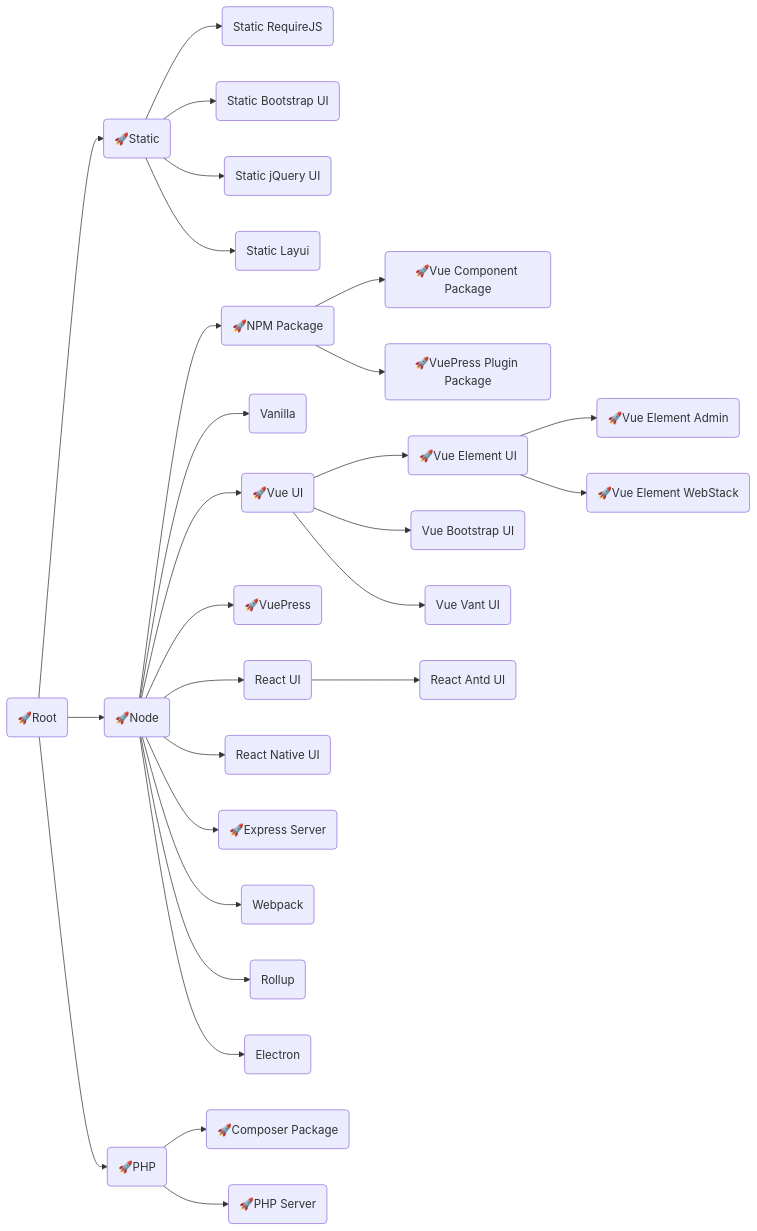
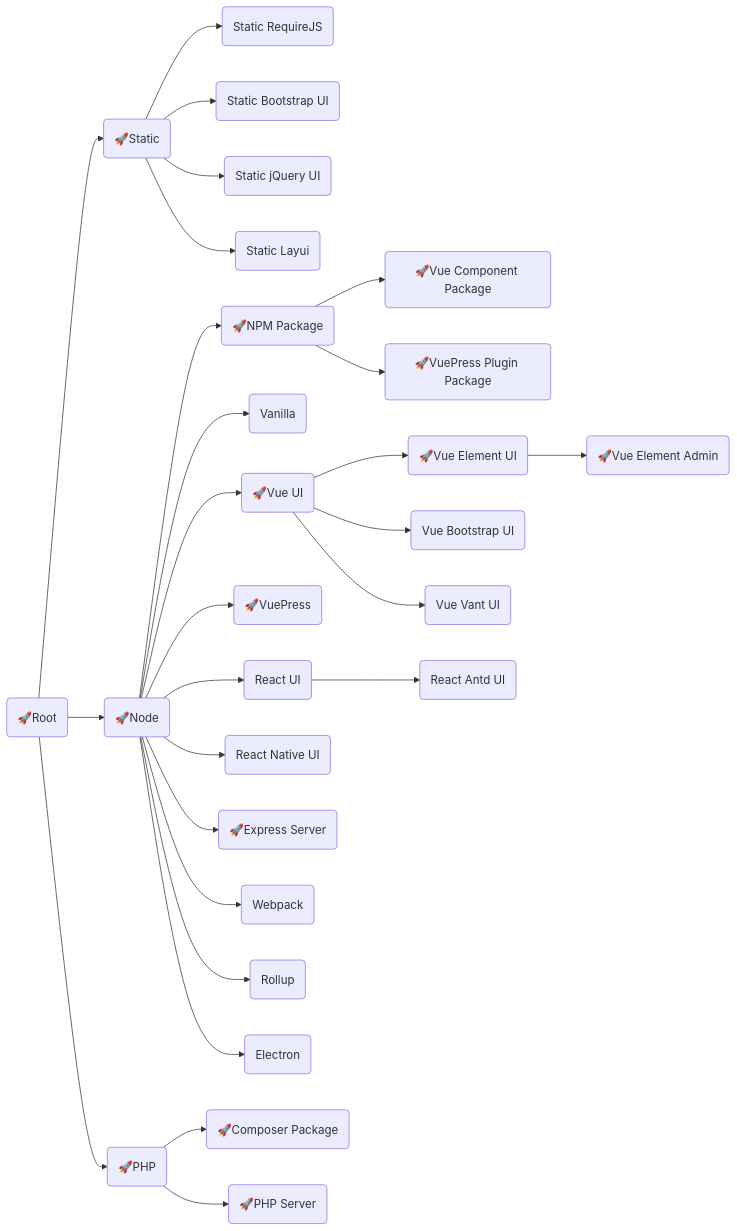
One commit to langnang-templates/.github changed the diagram in profile/README.md. Above: the diagram before and after it, drawn with Mermaid.

````diff
--- a/profile/README.md
+++ b/profile/README.md
@@ -1,48 +1,46 @@
 ```mermaid
 flowchart LR
 Root("🚀Root")
 	click Root "https://github.com/langnang-temp/root" _blank
 
 Root-->Static("🚀Static")
 	click Static "https://github.com/langnang-temp/static" _blank
 	Static-->Static_RequireJS("Static RequireJS")
 	Static-->Static_Bootstrap_UI("Static Bootstrap UI")
 	Static-->Static_jQuery_UI("Static jQuery UI")
 	Static-->Static_Layui("Static Layui")
 Root-->Node("🚀Node")
 	click Node "https://github.com/langnang-temp/node" _blank
 	Node-->NPM_Package("🚀NPM Package")
 		click NPM_Package "https://github.com/langnang-temp/npm-package" _blank
 		NPM_Package-->Vue_UI_Package("🚀Vue Component Package")
 			click Vue_UI_Package "https://github.com/langnang-temp/vue-ui-package" _blank
 		NPM_Package-->VuePress_Plugin_Package("🚀VuePress Plugin Package")
 			click VuePress_Plugin_Package "https://github.com/langnang-temp/vuepress-plugin-package" _blank
 	Node-->Vanilla("Vanilla")
 	Node-->Vue_UI("🚀Vue UI")
 		click Vue_UI "https://github.com/langnang-temp/vue-ui" _blank
 		Vue_UI-->Vue_Element_UI("🚀Vue Element UI")
 			click Vue_Element_UI "https://github.com/langnang-temp/vue-element-ui" _blank
 			Vue_Element_UI-->Vue_Element_Admin("🚀Vue Element Admin")
 				click Vue_Element_Admin "https://github.com/langnang-temp/vue-element-admin/actions" _blank
-			Vue_Element_UI-->Vue_Element_WebStack("🚀Vue Element WebStack")
-				click Vue_Element_WebStack "https://github.com/langnang-temp/vue-element-webstack" _blank
 		Vue_UI-->Vue_Bootstrap_UI("Vue Bootstrap UI")
 		Vue_UI-->Vue_Vant_UI("Vue Vant UI")
 	Node-->VuePress("🚀VuePress")
 		click VuePress "https://github.com/langnang-temp/vuepress" _blank
 	Node-->React_UI("React UI")
 		React_UI-->React_Antd_UI("React Antd UI")
 	Node-->React_Native_UI("React Native UI")
 	Node-->Express_Server("🚀Express Server")
 		click Express_Server "https://github.com/langnang-temp/express-server" _blank
 	Node-->Webpack("Webpack")
 	Node-->Rollup("Rollup")
 	Node-->Electron("Electron")
 
 Root-->PHP("🚀PHP")
 	click PHP "https://github.com/langnang-temp/php" _blank
 	PHP-->Composer_Package("🚀Composer Package")
 	click Composer_Package "https://github.com/langnang-temp/composer-package" _blank
 	PHP-->PHP_Server("🚀PHP Server")
 		click PHP_Server "https://github.com/langnang-temp/php-server" _blank
 ```
````
